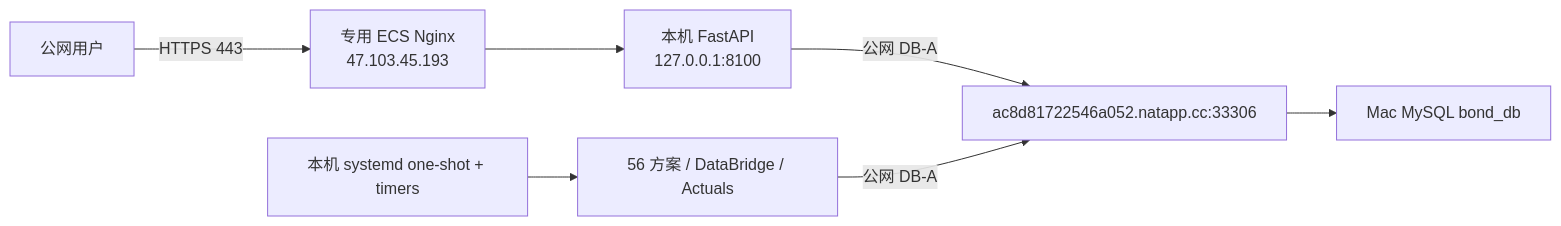
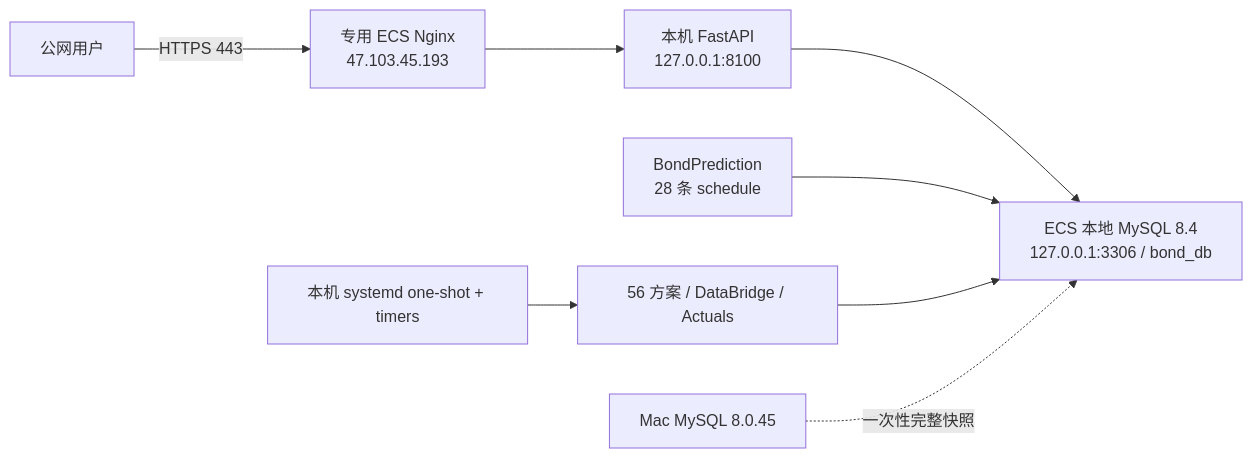
One commit to lucky1day/finlab-graylab changed the second of 4 diagrams in docs/operations/ALIYUN_MIGRATION_ASSESSMENT.md. Above: the diagram before and after it, drawn with Mermaid. The commit also changed other lines of this file, not shown here.

````diff
--- a/docs/operations/ALIYUN_MIGRATION_ASSESSMENT.md
+++ b/docs/operations/ALIYUN_MIGRATION_ASSESSMENT.md
@@ -122,9 +144,10 @@
 ```mermaid
 flowchart LR
     U["公网用户"] -->|"HTTPS 443"| N["专用 ECS Nginx\n47.103.45.193"]
     N --> A["本机 FastAPI\n127.0.0.1:8100"]
-    A -->|"公网 DB-A"| P["ac8d81722546a052.natapp.cc:33306"]
-    P --> DB["Mac MySQL bond_db"]
+    A --> DB["ECS 本地 MySQL 8.4\n127.0.0.1:3306 / bond_db"]
     T["本机 systemd one-shot + timers"] --> X["56 方案 / DataBridge / Actuals"]
-    X -->|"公网 DB-A"| P
+    B["BondPrediction\n28 条 schedule"] --> DB
+    X --> DB
+    M["Mac MySQL 8.0.45"] -.->|"一次性完整快照"| DB
 ```
````
